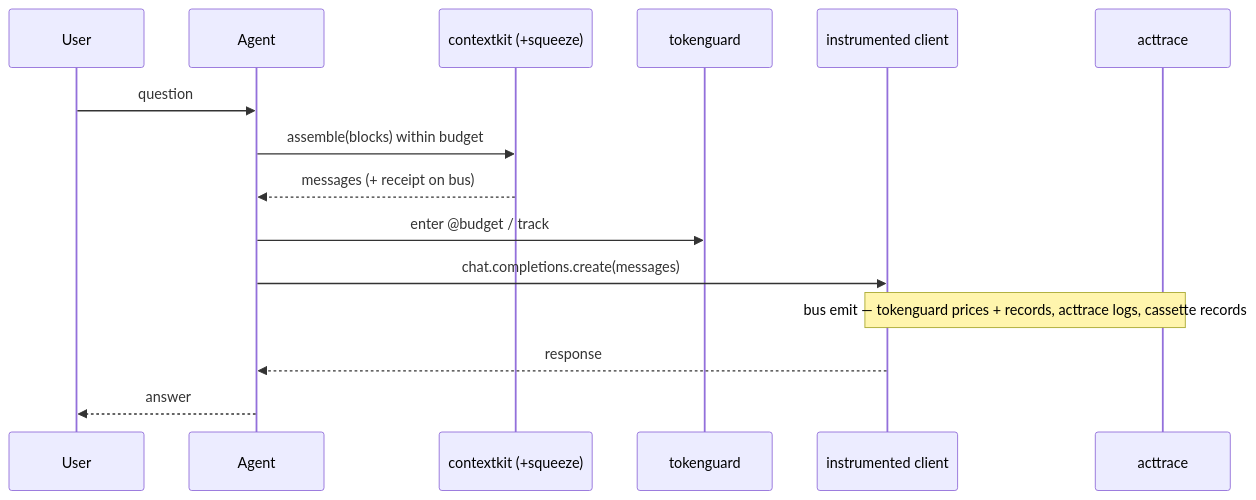
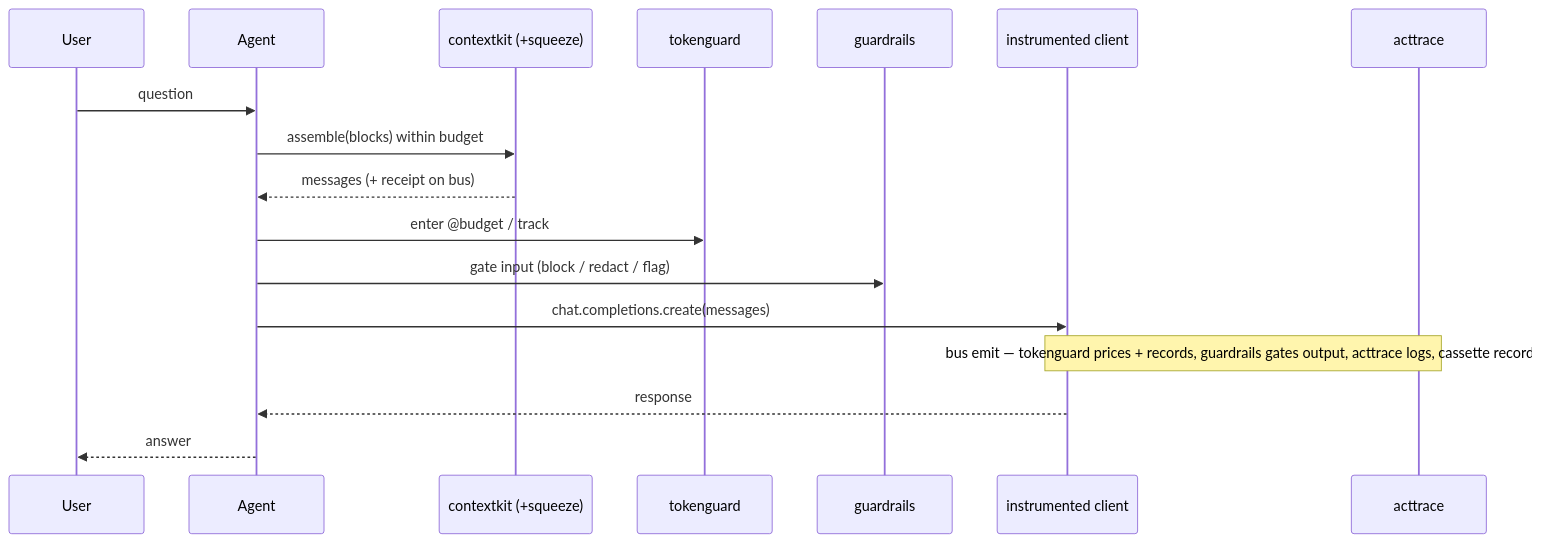
The diagram in docs/guides.md (cendorhq/cendor-libs), drawn with Mermaid before and after one commit. The commit also changed other lines of this file and 11 other files, not shown here.

````diff
--- a/docs/guides.md
+++ b/docs/guides.md
@@ -9,17 +9,19 @@
 ```mermaid
 sequenceDiagram
     participant U as User
     participant A as Agent
     participant CK as contextkit (+squeeze)
     participant TG as tokenguard
+    participant GR as guardrails
     participant LLM as instrumented client
     participant AT as acttrace
     U->>A: question
     A->>CK: assemble(blocks) within budget
     CK-->>A: messages (+ receipt on bus)
     A->>TG: enter @budget / track
+    A->>GR: gate input (block / redact / flag)
     A->>LLM: chat.completions.create(messages)
-    Note over LLM,AT: bus emit — tokenguard prices + records, acttrace logs, cassette records
+    Note over LLM,AT: bus emit — tokenguard prices + records, guardrails gates output, acttrace logs, cassette records
     LLM-->>A: response
     A-->>U: answer
 ```
````
